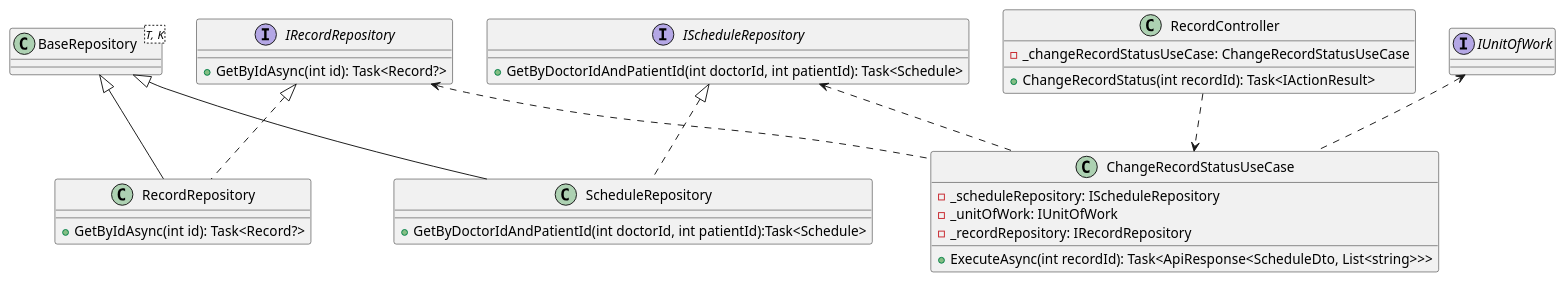
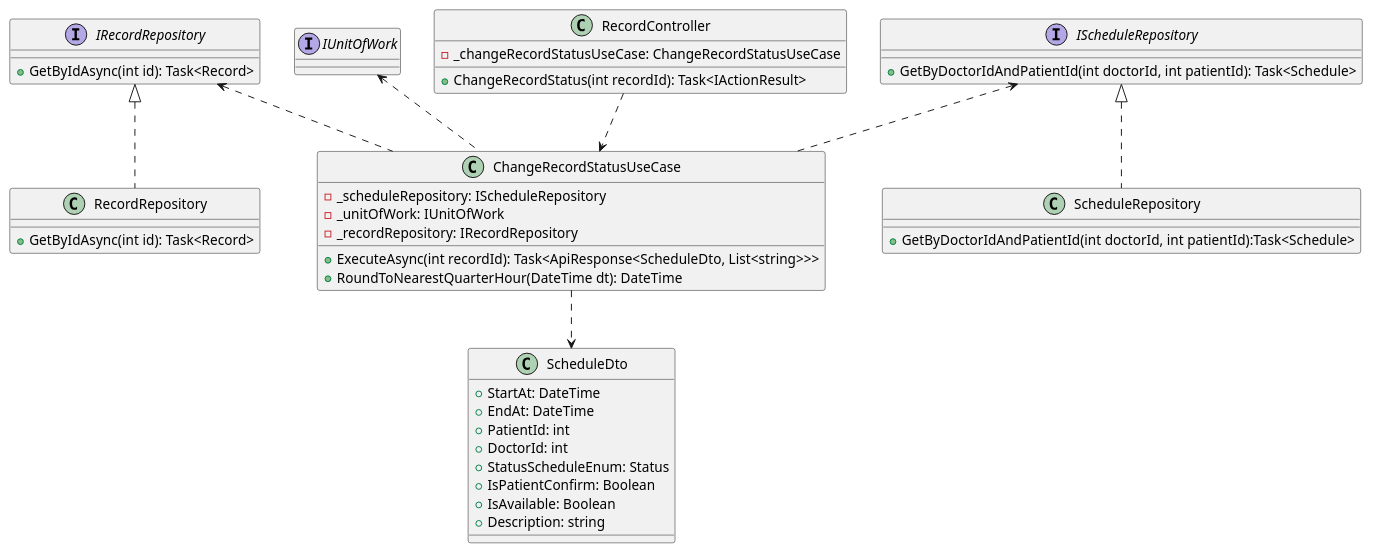
The diagram in ClassDiagram/Record/ChangeRecordStatus.puml (jang1902/SEP490_Sequence), drawn with PlantUML before and after one commit. The commit also changed 8 other files, not shown here.

```diff
--- a/ClassDiagram/Record/ChangeRecordStatus.puml
+++ b/ClassDiagram/Record/ChangeRecordStatus.puml
@@ -1,44 +1,50 @@
 @startuml
 
 interface IRecordRepository{
- + GetByIdAsync(int id): Task<Record?>
+ + GetByIdAsync(int id): Task<Record>
 }
 interface IScheduleRepository{
 +GetByDoctorIdAndPatientId(int doctorId, int patientId): Task<Schedule>
 }
 interface IUnitOfWork
-
-class BaseRepository<T, K>
+class ScheduleDto{
++StartAt: DateTime
++EndAt: DateTime
++PatientId: int
++DoctorId: int
++StatusScheduleEnum: Status
++IsPatientConfirm: Boolean
++IsAvailable: Boolean
++Description: string
+}
 
 class RecordRepository {
- + GetByIdAsync(int id): Task<Record?>
+ + GetByIdAsync(int id): Task<Record>
 }
 class ScheduleRepository{
 + GetByDoctorIdAndPatientId(int doctorId, int patientId):Task<Schedule>
 }
 
 class ChangeRecordStatusUseCase {
   - _scheduleRepository: IScheduleRepository
   - _unitOfWork: IUnitOfWork
   - _recordRepository: IRecordRepository
   +ExecuteAsync(int recordId): Task<ApiResponse<ScheduleDto, List<string>>>
+  +RoundToNearestQuarterHour(DateTime dt): DateTime
 }
 
 
 class RecordController {
   - _changeRecordStatusUseCase: ChangeRecordStatusUseCase
   + ChangeRecordStatus(int recordId): Task<IActionResult>
 }
 
-
-
-BaseRepository <|-- ScheduleRepository
-BaseRepository <|-- RecordRepository
+ChangeRecordStatusUseCase ..> ScheduleDto
 IRecordRepository <|.. RecordRepository
 IRecordRepository <.. ChangeRecordStatusUseCase
 IScheduleRepository <|.. ScheduleRepository
 IScheduleRepository <.. ChangeRecordStatusUseCase
 IUnitOfWork <.. ChangeRecordStatusUseCase
 RecordController ..> ChangeRecordStatusUseCase
 
 @enduml
```
